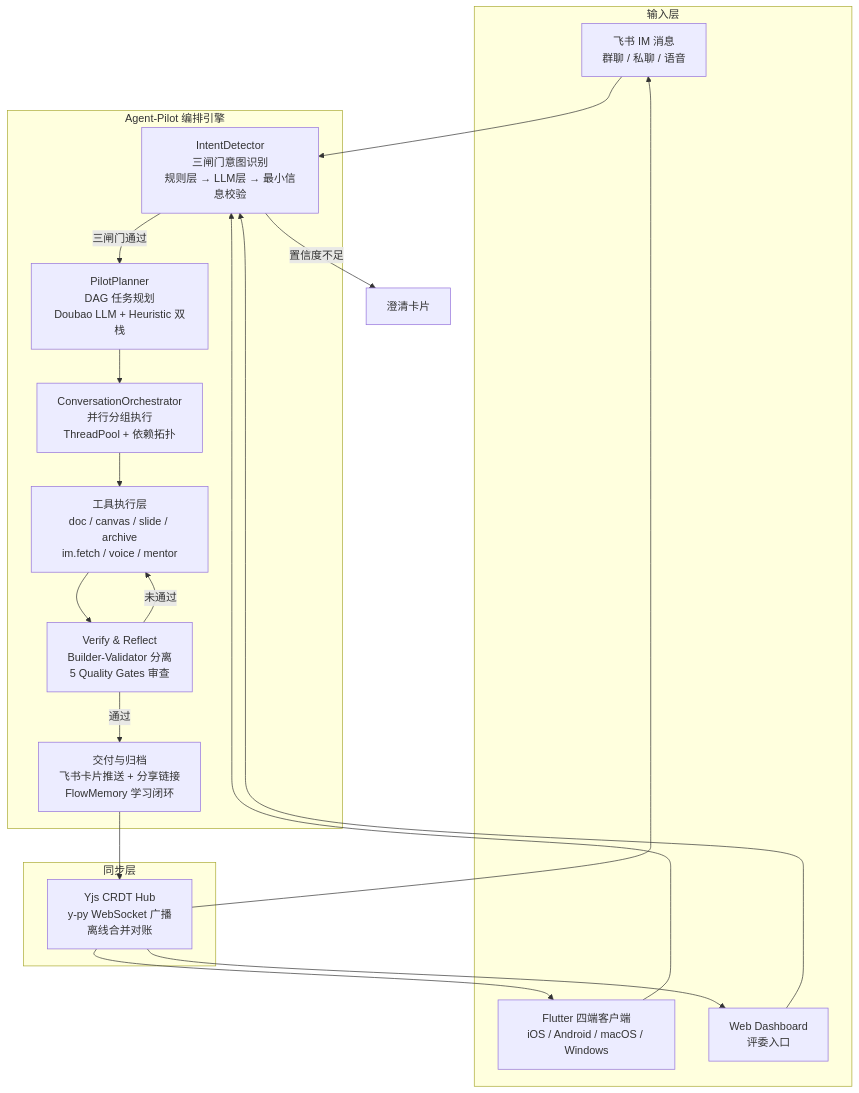
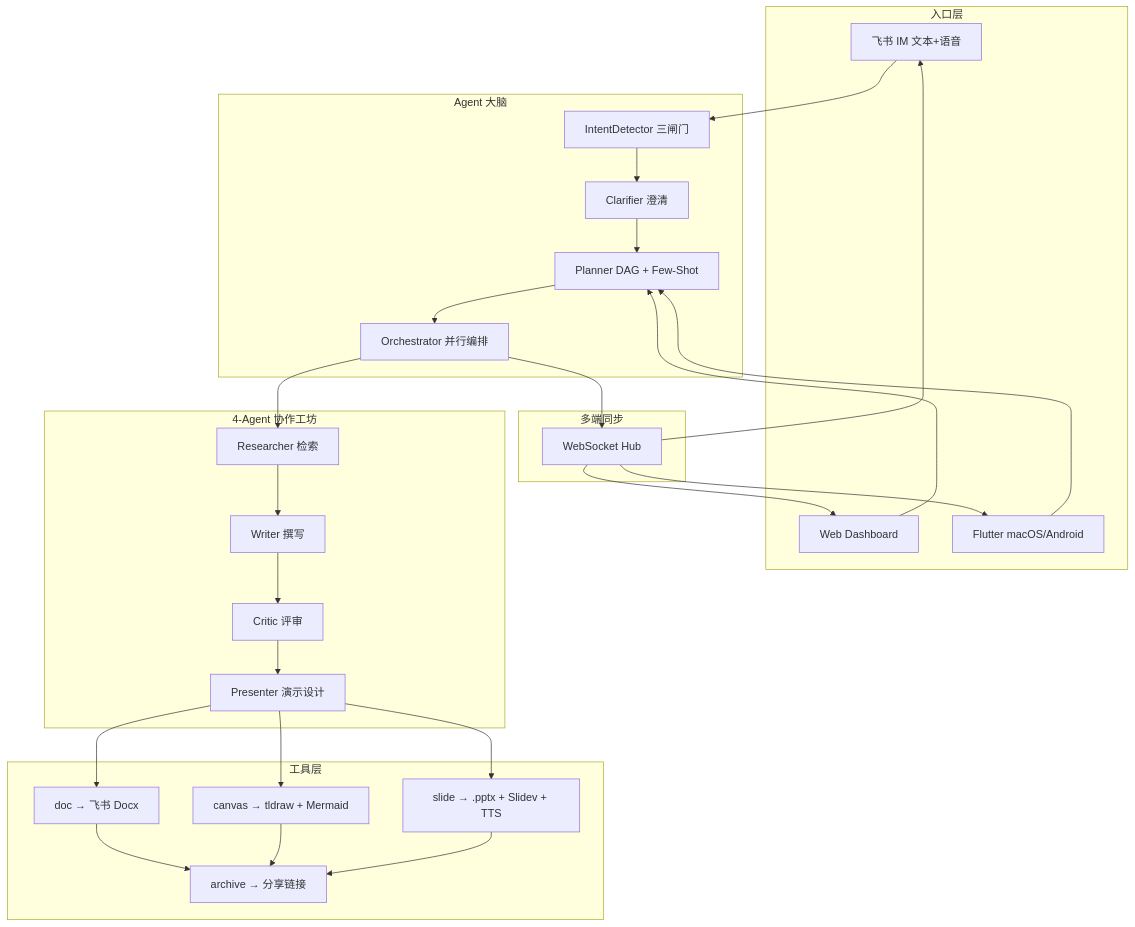
Before and after one commit to bcefghj/larkmentor: the diagram in README.md, drawn with Mermaid. The commit also changed other lines of this file and 5 other files, not shown here.

````diff
--- a/README.md
+++ b/README.md
@@ -20,36 +133,48 @@
 ```mermaid
 flowchart TB
-    subgraph 输入层
-        A[飞书 IM 消息<br/>群聊 / 私聊 / 语音]
-        B[Flutter 四端客户端<br/>iOS / Android / macOS / Windows]
-        C[Web Dashboard<br/>评委入口]
+    subgraph Inputs[入口层]
+        IM[飞书 IM 文本+语音]
+        WEB[Web Dashboard]
+        FLU[Flutter macOS/Android]
     end
 
-    subgraph Agent-Pilot 编排引擎
-        D[IntentDetector<br/>三闸门意图识别<br/>规则层 → LLM层 → 最小信息校验]
-        E[PilotPlanner<br/>DAG 任务规划<br/>Doubao LLM + Heuristic 双栈]
-        F[ConversationOrchestrator<br/>并行分组执行<br/>ThreadPool + 依赖拓扑]
-        G[工具执行层<br/>doc / canvas / slide / archive<br/>im.fetch / voice / mentor]
-        H[Verify & Reflect<br/>Builder-Validator 分离<br/>5 Quality Gates 审查]
-        I[交付与归档<br/>飞书卡片推送 + 分享链接<br/>FlowMemory 学习闭环]
+    subgraph Brain[Agent 大脑]
+        I[IntentDetector 三闸门]
+        C[Clarifier 澄清]
+        P[Planner DAG + Few-Shot]
+        O[Orchestrator 并行编排]
     end
 
-    subgraph 同步层
-        J[Yjs CRDT Hub<br/>y-py WebSocket 广播<br/>离线合并对账]
+    subgraph Workforce[4-Agent 协作工坊]
+        R[Researcher 检索]
+        W[Writer 撰写]
+        Cr[Critic 评审]
+        Pr[Presenter 演示设计]
     end
 
-    A --> D
-    B --> D
-    C --> D
-    D -->|三闸门通过| E
-    D -->|置信度不足| D1[澄清卡片]
-    E --> F
-    F --> G
-    G --> H
-    H -->|未通过| G
-    H -->|通过| I
-    I --> J
-    J --> A
-    J --> B
-    J --> C
+    subgraph Tools[工具层]
+        DT[doc → 飞书 Docx]
+        CT[canvas → tldraw + Mermaid]
+        ST[slide → .pptx + Slidev + TTS]
+        AT[archive → 分享链接]
+    end
+
+    subgraph Sync[多端同步]
+        WS[WebSocket Hub]
+    end
+
+    IM --> I --> C --> P --> O
+    WEB --> P
+    FLU --> P
+    O --> R --> W --> Cr --> Pr
+    Pr --> DT
+    Pr --> CT
+    Pr --> ST
+    DT --> AT
+    CT --> AT
+    ST --> AT
+    O --> WS
+    WS --> IM
+    WS --> WEB
+    WS --> FLU
 ```
````
